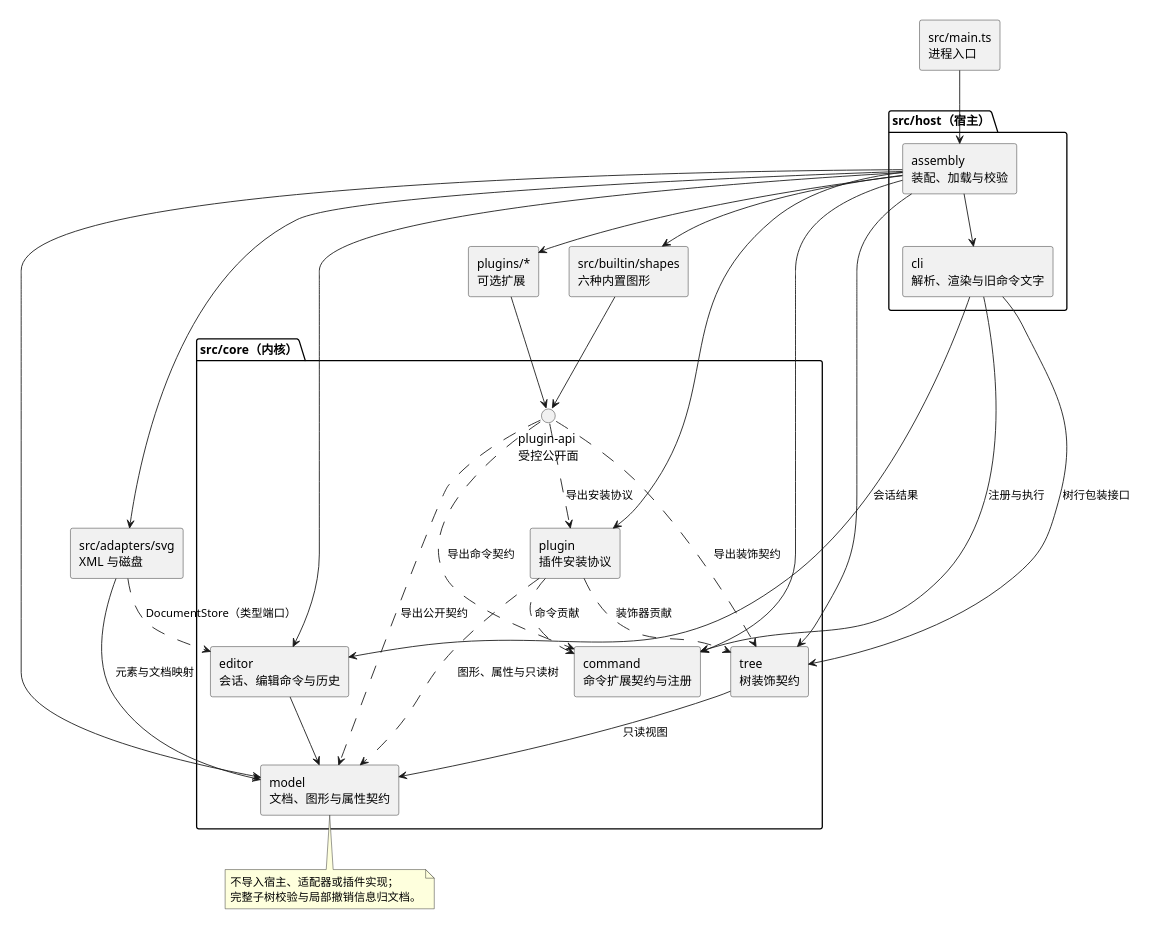
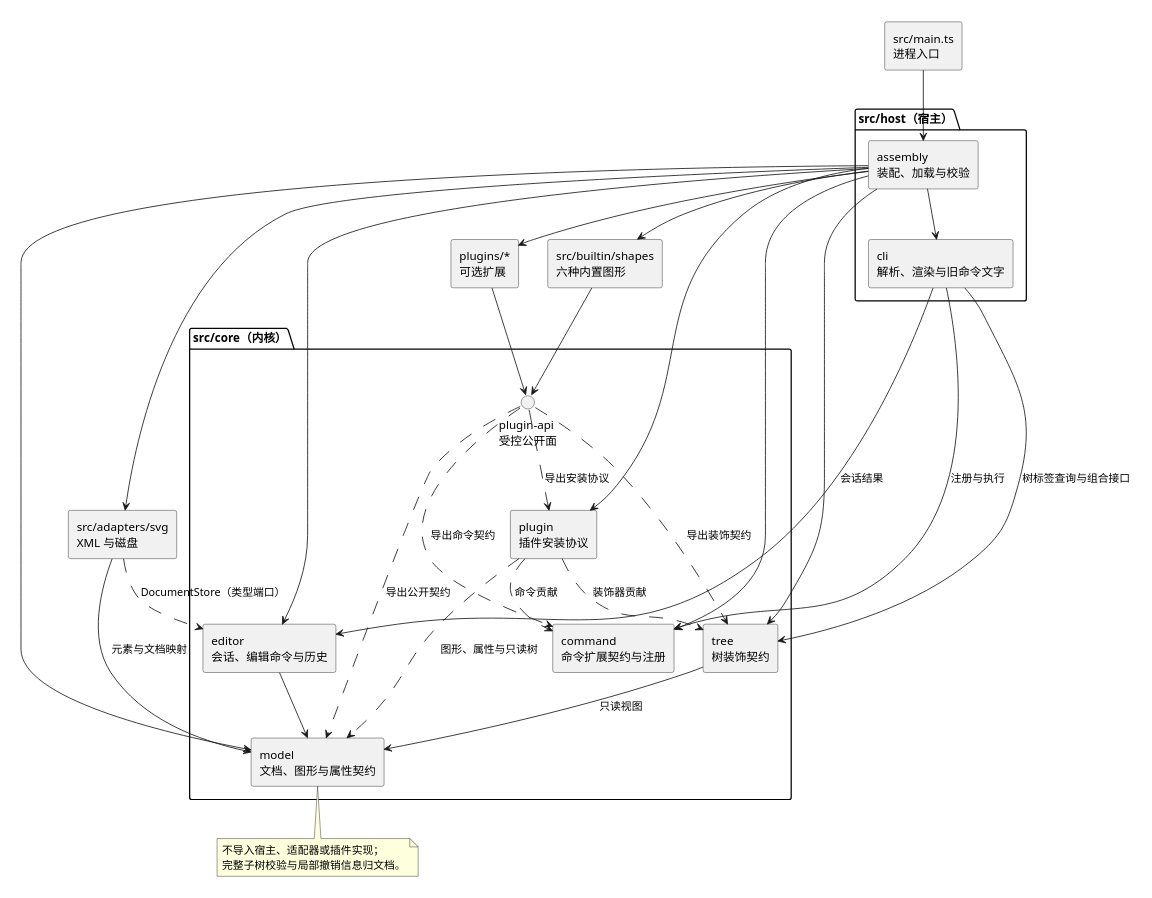
Before and after one commit to Nianle-Li/soft-design-proj: the diagram in doc/phase2/architecture-after.plantuml, drawn with PlantUML. The commit also changed 2 other files, not shown here.

Commit message:
docs(architecture): 校准设计模式与树标签说明

```diff
--- a/doc/phase2/architecture-after.plantuml
+++ b/doc/phase2/architecture-after.plantuml
@@ -1,55 +1,55 @@
 @startuml
 scale 560 width
 skinparam componentStyle rectangle
 
 package "src/core（内核）" {
   component "model\n文档、图形与属性契约" as model
   component "editor\n会话、编辑命令与历史" as editor
   component "command\n命令扩展契约与注册" as command
   component "tree\n树装饰契约" as tree
   component "plugin\n插件安装协议" as plugin
   interface "plugin-api\n受控公开面" as api
 }
 
 package "src/host（宿主）" {
   component "cli\n解析、渲染与旧命令文字" as cli
   component "assembly\n装配、加载与校验" as assembly
 }
 
 component "src/adapters/svg\nXML 与磁盘" as svg
 component "src/builtin/shapes\n六种内置图形" as builtin
 component "plugins/*\n可选扩展" as plugins
 component "src/main.ts\n进程入口" as main
 
 editor --> model
 tree --> model : 只读视图
 plugin ..> model : 图形、属性与只读树
 plugin ..> command : 命令贡献
 plugin ..> tree : 装饰器贡献
 api ..> model : 导出公开契约
 api ..> command : 导出命令契约
 api ..> tree : 导出装饰契约
 api ..> plugin : 导出安装协议
 cli --> command : 注册与执行
 cli --> editor : 会话结果
-cli --> tree : 树行包装接口
+cli --> tree : 树标签查询与组合接口
 svg --> model : 元素与文档映射
 svg ..> editor : DocumentStore（类型端口）
 builtin --> api
 plugins --> api
 assembly --> model
 assembly --> editor
 assembly --> command
 assembly --> tree
 assembly --> plugin
 assembly --> cli
 assembly --> svg
 assembly --> builtin
 assembly --> plugins
 main --> assembly
 
 note bottom of model
   不导入宿主、适配器或插件实现；
   完整子树校验与局部撤销信息归文档。
 end note
 @enduml
```
